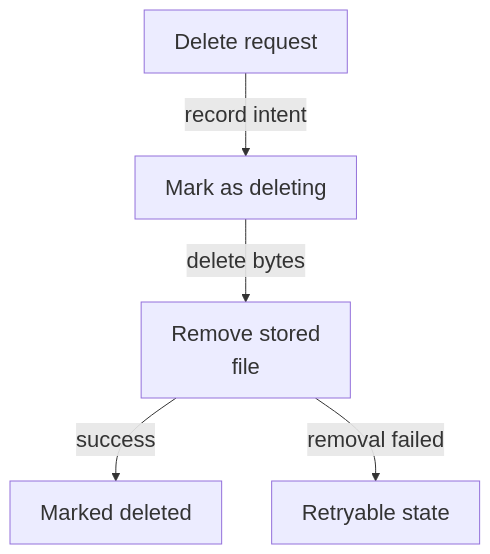
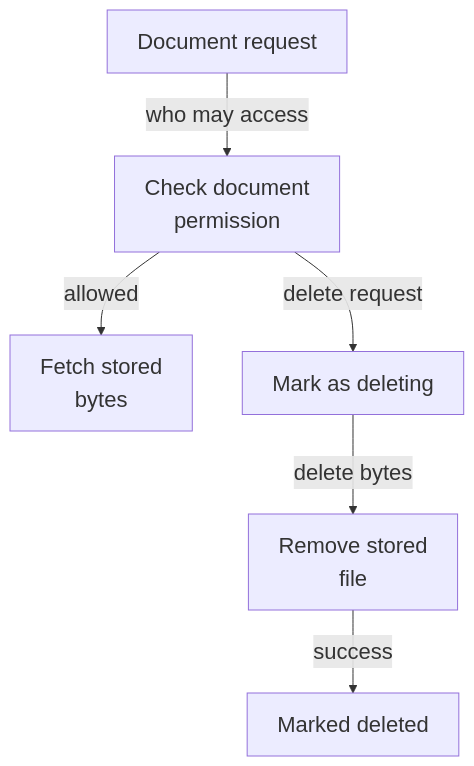
The third of 6 diagrams in maps/foundation/README.md (Justin-Mendoza/Afterclass), drawn with Mermaid before and after one commit. The commit also changed other lines of this file and 85 other files, not shown here.

````diff
--- a/maps/foundation/README.md
+++ b/maps/foundation/README.md
@@ -60,13 +99,15 @@
 ```mermaid
 %%{init: {"themeVariables": {"fontSize": "22px"}}}%%
 flowchart TD
-  n0["Delete request"]
-  n1["Mark as deleting"]
-  n2["Remove stored<br/>file"]
-  n3["Marked deleted"]
-  n4["Retryable state"]
-  n0 -->|"record intent"| n1
-  n1 -->|"delete bytes"| n2
-  n2 -->|"success"| n3
-  n2 -->|"removal failed"| n4
+  n0["Document request"]
+  n1["Check document<br/>permission"]
+  n2["Fetch stored<br/>bytes"]
+  n3["Mark as deleting"]
+  n4["Remove stored<br/>file"]
+  n5["Marked deleted"]
+  n0 -->|"who may access"| n1
+  n1 -->|"allowed"| n2
+  n1 -->|"delete request"| n3
+  n3 -->|"delete bytes"| n4
+  n4 -->|"success"| n5
 ```
````
